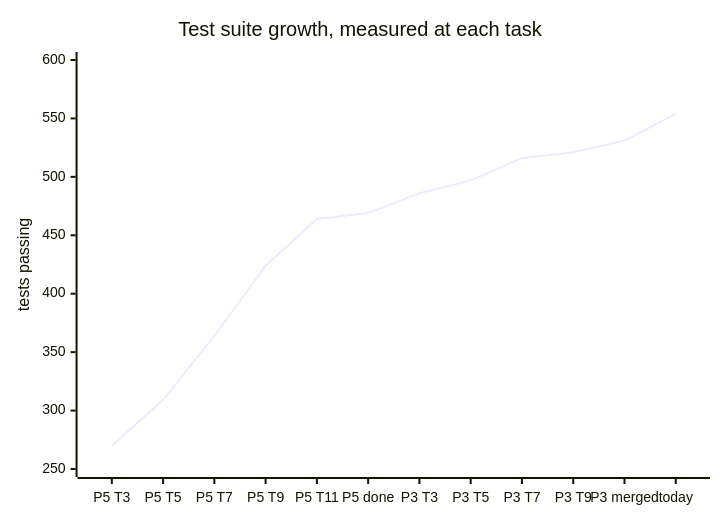
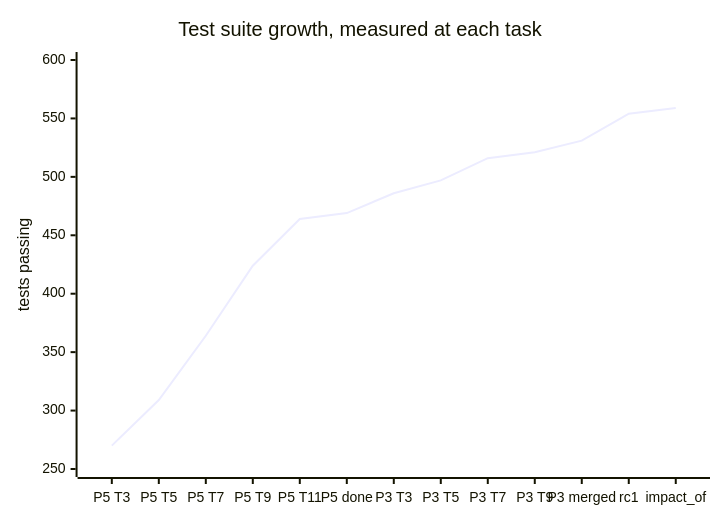
Before and after one commit to Binchitects/argus: the fourth of 5 diagrams in docs/kpis.md, drawn with Mermaid. The commit also changed other lines of this file and 5 other files, not shown here.

````diff
--- a/docs/kpis.md
+++ b/docs/kpis.md
@@ -138,7 +138,7 @@
 ```mermaid
 xychart-beta
     title "Test suite growth, measured at each task"
-    x-axis ["P5 T3", "P5 T5", "P5 T7", "P5 T9", "P5 T11", "P5 done", "P3 T3", "P3 T5", "P3 T7", "P3 T9", "P3 merged", "today"]
+    x-axis ["P5 T3", "P5 T5", "P5 T7", "P5 T9", "P5 T11", "P5 done", "P3 T3", "P3 T5", "P3 T7", "P3 T9", "P3 merged", "rc1", "impact_of"]
     y-axis "tests passing" 250 --> 600
-    line [270, 309, 364, 424, 464, 469, 486, 497, 516, 521, 531, 554]
+    line [270, 309, 364, 424, 464, 469, 486, 497, 516, 521, 531, 554, 559]
 ```
````
